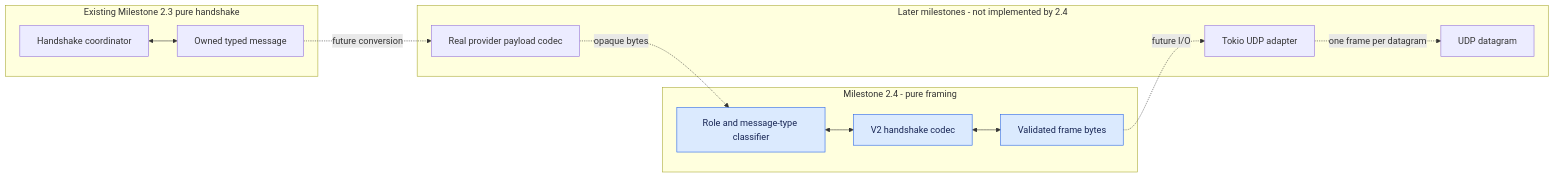
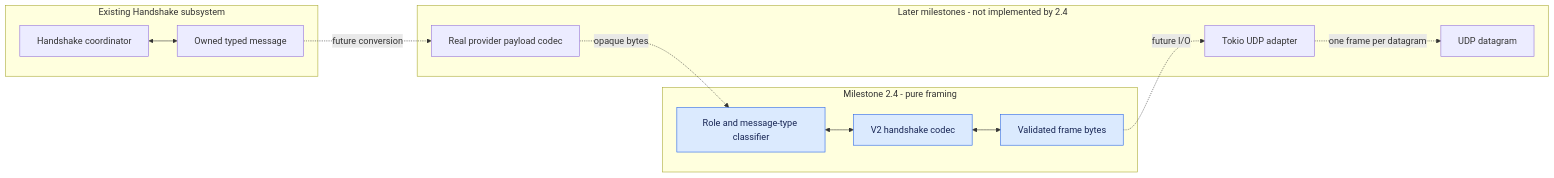
One commit to thiennguyen56/crabnet changed the first of 6 diagrams in docs/handshake-framing-design.md. Above: the diagram before and after it, drawn with Mermaid. The commit also changed other lines of this file and 11 other files, not shown here.

````diff
--- a/docs/handshake-framing-design.md
+++ b/docs/handshake-framing-design.md
@@ -47,29 +47,29 @@
 ```mermaid
 flowchart LR
-    subgraph Existing[Existing Milestone 2.3 pure handshake]
+    subgraph Existing[Existing Handshake subsystem]
         Coordinator[Handshake coordinator]
         Owned[Owned typed message]
         Coordinator <--> Owned
     end
 
     subgraph M24[Milestone 2.4 - pure framing]
         Type[Role and message-type classifier]
         Codec[V2 handshake codec]
         Bytes[Validated frame bytes]
         Type <--> Codec <--> Bytes
     end
 
     subgraph Later[Later milestones - not implemented by 2.4]
         Payload[Real provider payload codec]
         Tokio[Tokio UDP adapter]
         UDP[UDP datagram]
     end
 
     Owned -. future conversion .-> Payload
     Payload -. opaque bytes .-> Type
     Bytes -. future I/O .-> Tokio
     Tokio -. one frame per datagram .-> UDP
 
     classDef milestone fill:#dbeafe,stroke:#2563eb,color:#172554;
     class Type,Codec,Bytes milestone;
 ```
````
